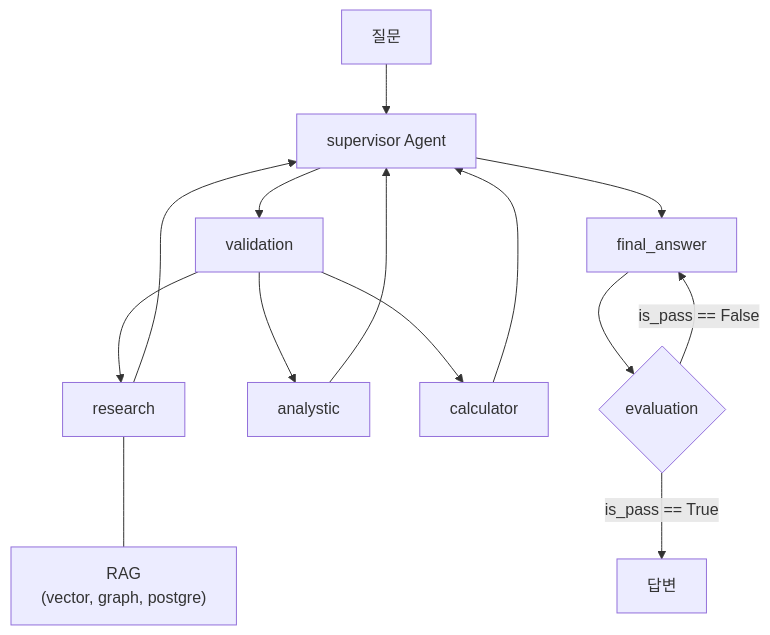
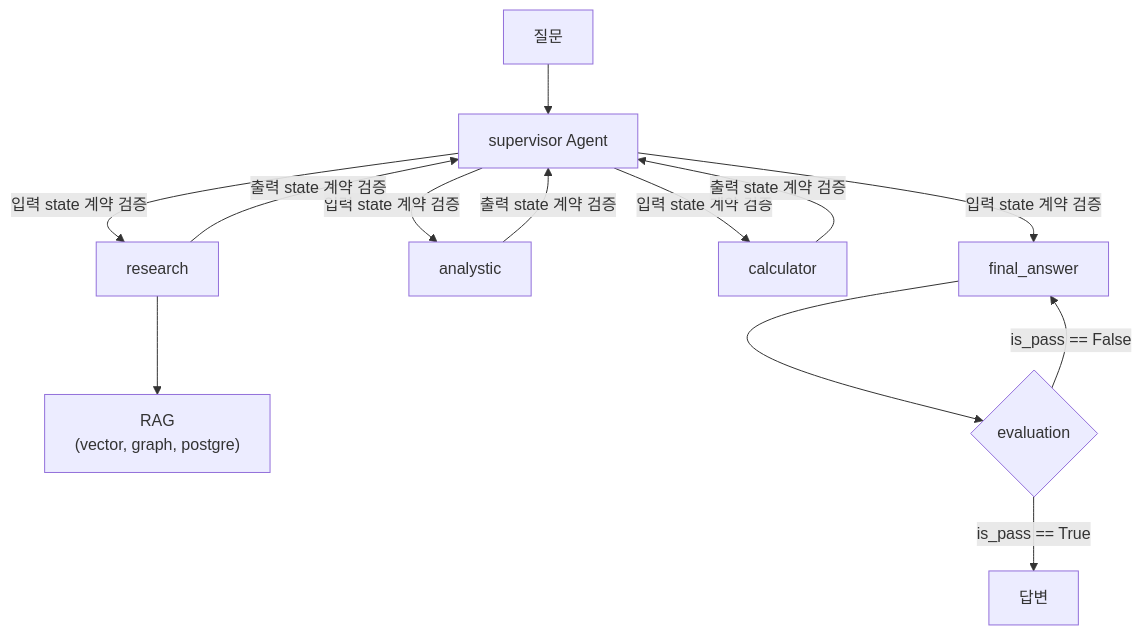
One commit to SKNETWORKS-FAMILY-AICAMP/SKN27-3rd-1TEAM changed the first of 3 diagrams in docs/final_answer_design.md. Above: the diagram before and after it, drawn with Mermaid. The commit also changed other lines of this file and 3 other files, not shown here.

Commit message:
final answer test

````diff
--- a/docs/final_answer_design.md
+++ b/docs/final_answer_design.md
@@ -156,18 +156,17 @@
 ```mermaid
 flowchart TD
     A["질문"] --> B["supervisor Agent"]
-    B --> C["validation"]
 
-    C --> D["research"]
-    C --> E["analystic"]
-    C --> F["calculator"]
-    B --> G["final_answer"]
+    B -->|"입력 state 계약 검증"| D["research"]
+    B -->|"입력 state 계약 검증"| E["analystic"]
+    B -->|"입력 state 계약 검증"| F["calculator"]
 
-    D --- D1["RAG<br/>(vector, graph, postgre)"]
-    D --> B
-    E --> B
-    F --> B
+    D --> D1["RAG<br/>(vector, graph, postgre)"]
+    D -->|"출력 state 계약 검증"| B
+    E -->|"출력 state 계약 검증"| B
+    F -->|"출력 state 계약 검증"| B
+    B -->|"입력 state 계약 검증"| G["final_answer"]
     G --> H{"evaluation"}
     H -->|"is_pass == False"| G
     H -->|"is_pass == True"| I["답변"]
 ```
````
